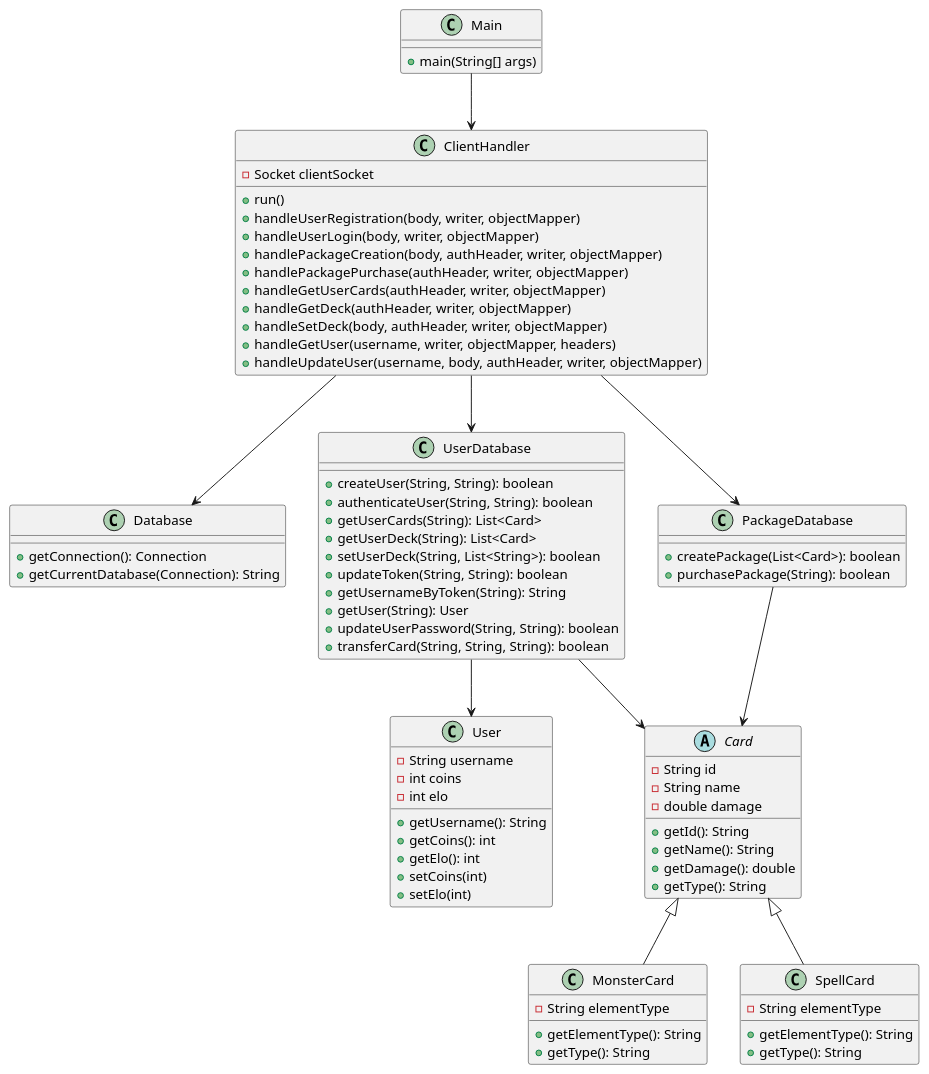
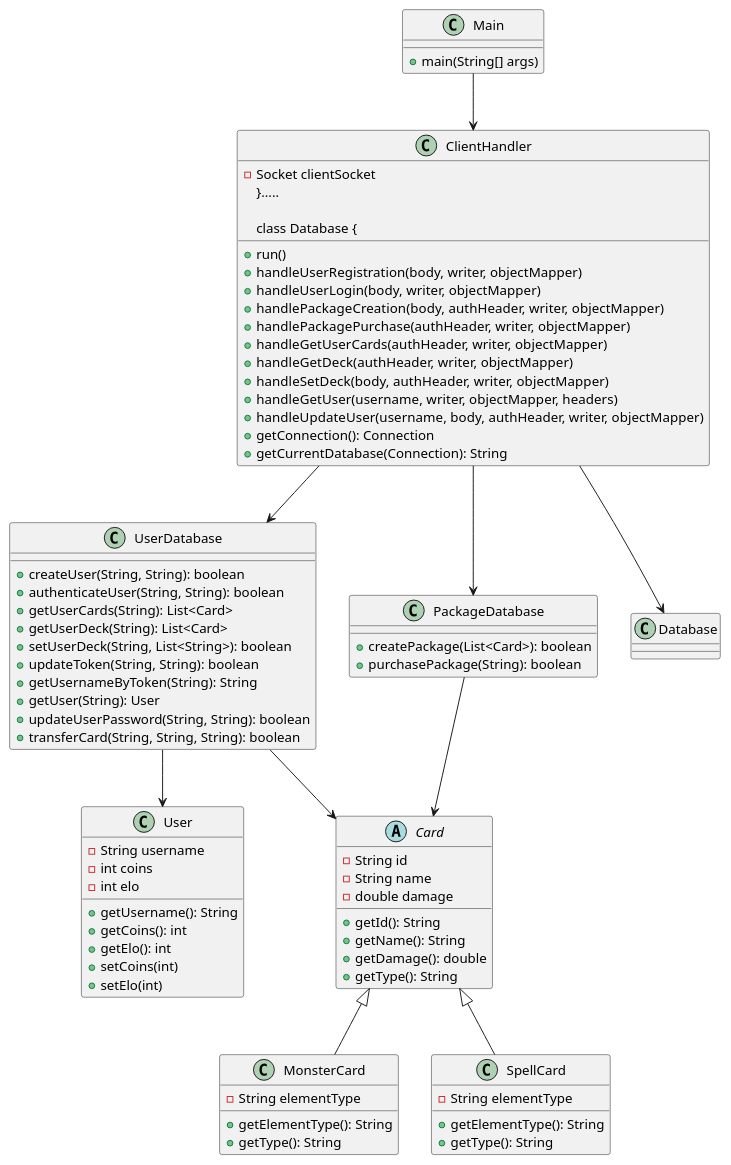
Before and after one commit to callhimcoul/MCTG: the diagram in src/main/java/test.puml, drawn with PlantUML.

```diff
--- a/src/main/java/test.puml
+++ b/src/main/java/test.puml
@@ -1,85 +1,85 @@
 @startuml
 class Main {
     +main(String[] args)
 }
 
 class ClientHandler {
     -Socket clientSocket
     +run()
     +handleUserRegistration(body, writer, objectMapper)
     +handleUserLogin(body, writer, objectMapper)
     +handlePackageCreation(body, authHeader, writer, objectMapper)
     +handlePackagePurchase(authHeader, writer, objectMapper)
     +handleGetUserCards(authHeader, writer, objectMapper)
     +handleGetDeck(authHeader, writer, objectMapper)
     +handleSetDeck(body, authHeader, writer, objectMapper)
     +handleGetUser(username, writer, objectMapper, headers)
     +handleUpdateUser(username, body, authHeader, writer, objectMapper)
-}
+}.....
 
 class Database {
     +getConnection(): Connection
     +getCurrentDatabase(Connection): String
 }
 
 class UserDatabase {
     +createUser(String, String): boolean
     +authenticateUser(String, String): boolean
     +getUserCards(String): List<Card>
     +getUserDeck(String): List<Card>
     +setUserDeck(String, List<String>): boolean
     +updateToken(String, String): boolean
     +getUsernameByToken(String): String
     +getUser(String): User
     +updateUserPassword(String, String): boolean
     +transferCard(String, String, String): boolean
 }
 
 class PackageDatabase {
     +createPackage(List<Card>): boolean
     +purchasePackage(String): boolean
 }
 
 class User {
     -String username
     -int coins
     -int elo
     +getUsername(): String
     +getCoins(): int
     +getElo(): int
     +setCoins(int)
     +setElo(int)
 }
 
 abstract class Card {
     -String id
     -String name
     -double damage
     +getId(): String
     +getName(): String
     +getDamage(): double
     +getType(): String
 }
 
 class MonsterCard {
     -String elementType
     +getElementType(): String
     +getType(): String
 }
 
 class SpellCard {
     -String elementType
     +getElementType(): String
     +getType(): String
 }
 
 Main --> ClientHandler
 ClientHandler --> UserDatabase
 ClientHandler --> PackageDatabase
 ClientHandler --> Database
 UserDatabase --> User
 UserDatabase --> Card
 PackageDatabase --> Card
 Card <|-- MonsterCard
 Card <|-- SpellCard
 @enduml
```
